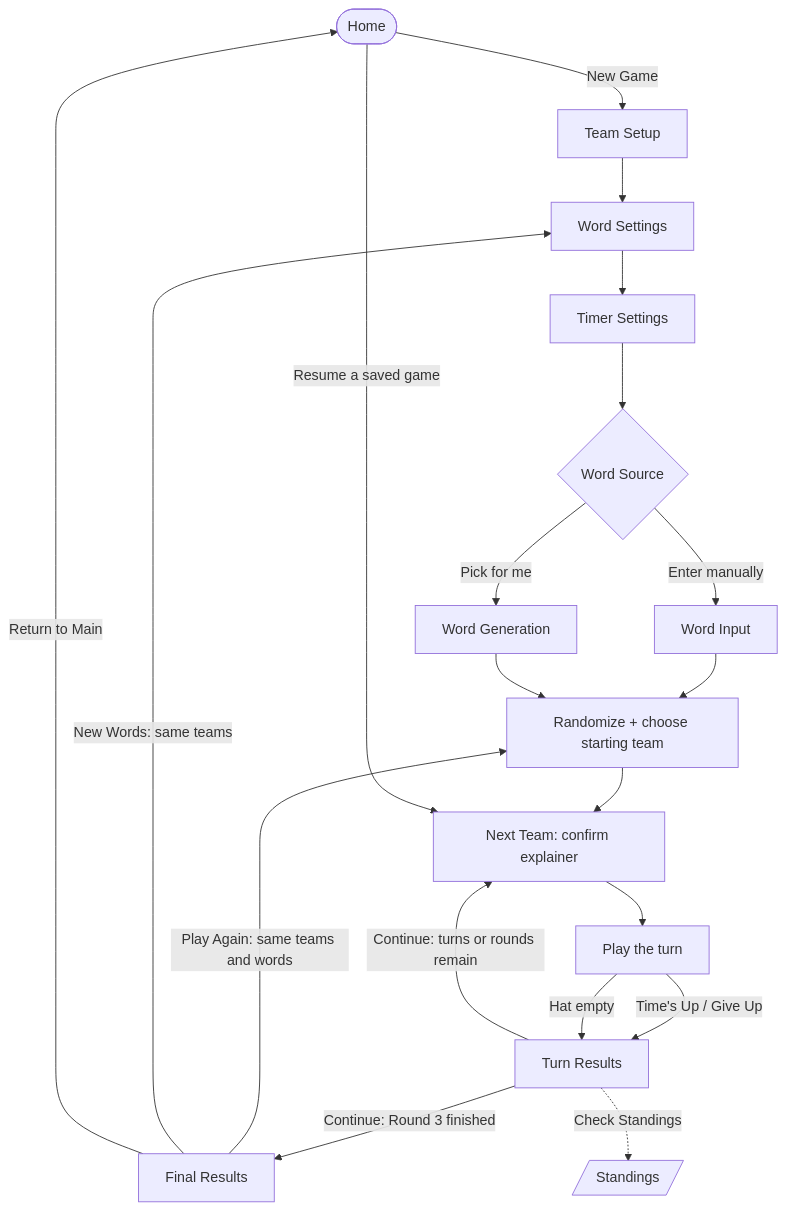
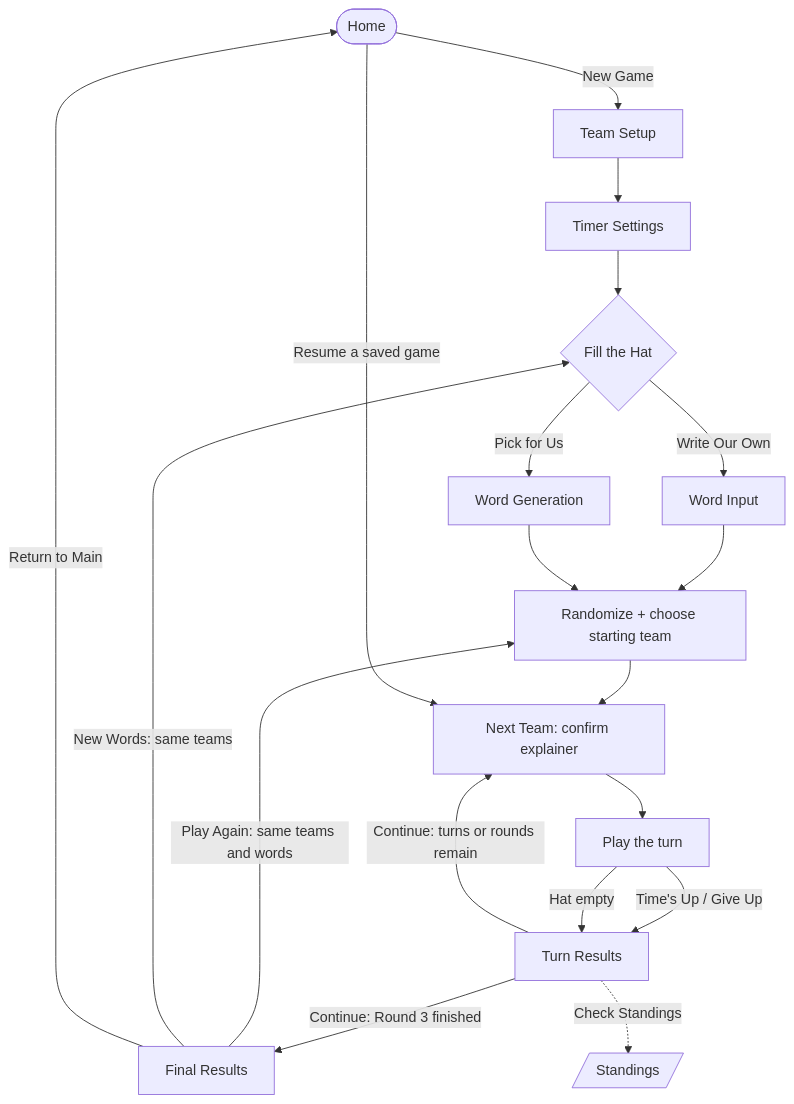
Before and after one commit to Khizanag/HatGame-iOS: the diagram in docs/game-flow.md, drawn with Mermaid. The commit also changed other lines of this file and 16 other files, not shown here.

````diff
--- a/docs/game-flow.md
+++ b/docs/game-flow.md
@@ -7,20 +7,20 @@
 ```mermaid
 flowchart TD
     Home([Home]) -->|New Game| TS[Team Setup]
-    TS --> WS[Word Settings] --> TMS[Timer Settings] --> WSRC{Word Source}
-    WSRC -->|Enter manually| WI[Word Input]
-    WSRC -->|Pick for me| WG[Word Generation]
+    TS --> TMS[Timer Settings] --> WSRC{Fill the Hat}
+    WSRC -->|Write Our Own| WI[Word Input]
+    WSRC -->|Pick for Us| WG[Word Generation]
     WI --> RND[Randomize + choose starting team]
     WG --> RND
     RND --> NT[Next Team: confirm explainer]
     NT --> PLAY[Play the turn]
     PLAY -->|Time's Up / Give Up| TR[Turn Results]
     PLAY -->|Hat empty| TR
     TR -->|Continue: turns or rounds remain| NT
     TR -->|Continue: Round 3 finished| FR[Final Results]
     TR -. Check Standings .-> ST[/Standings/]
     FR -->|Play Again: same teams and words| RND
-    FR -->|New Words: same teams| WS
+    FR -->|New Words: same teams| WSRC
     FR -->|Return to Main| Home
     Home -->|Resume a saved game| NT
 ```
````
